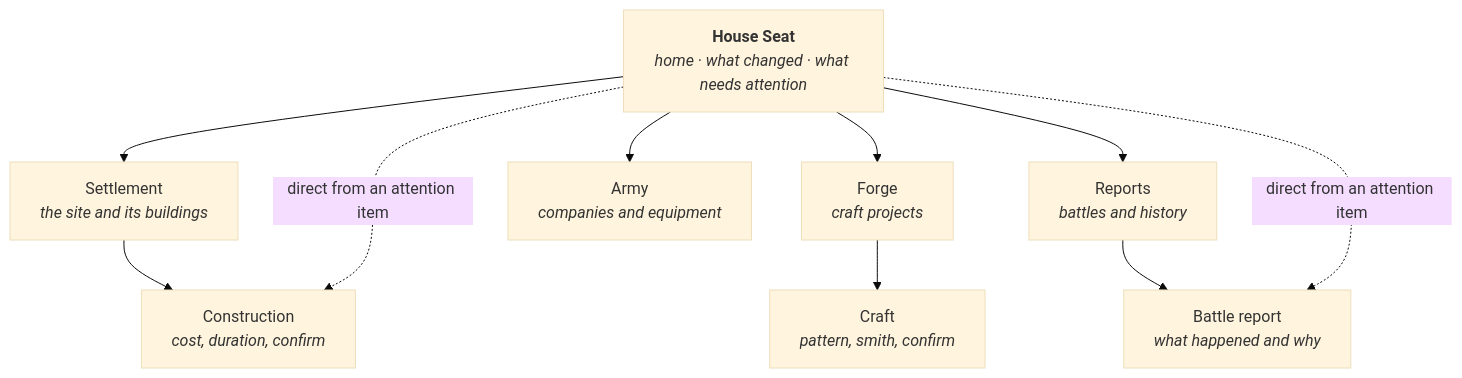
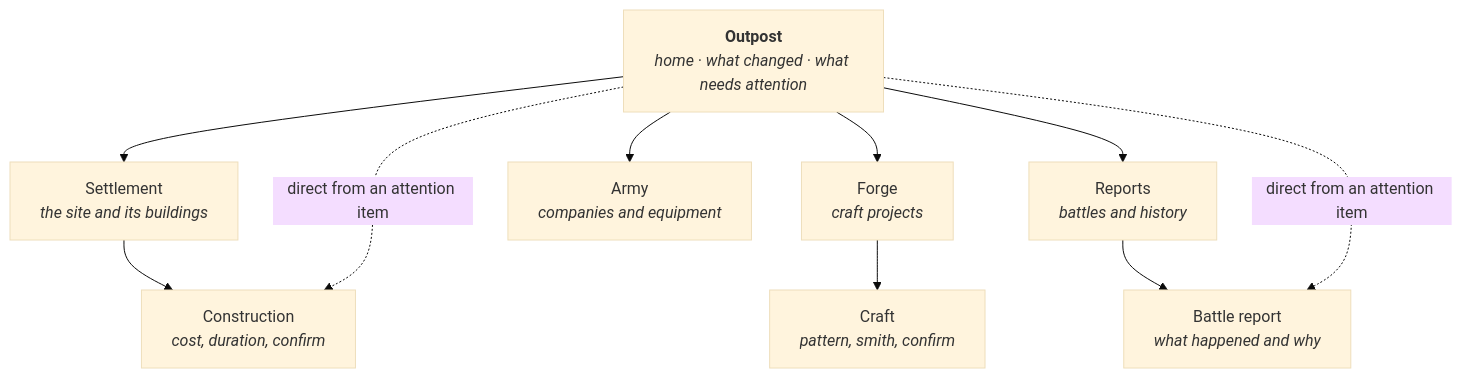
The diagram in docs/design/NAVIGATION.md (luisfpires18/woo-runeforging), drawn with Mermaid (base theme) before and after one commit. The commit also changed other lines of this file and 56 other files, not shown here.

````diff
--- a/docs/design/NAVIGATION.md
+++ b/docs/design/NAVIGATION.md
@@ -13,24 +12,24 @@
 ```mermaid
 flowchart TD
-    HS["<b>House Seat</b><br/><i>home · what changed · what needs attention</i>"]
+    HS["<b>Outpost</b><br/><i>home · what changed · what needs attention</i>"]
 
     ST["Settlement<br/><i>the site and its buildings</i>"]
     FO["Forge<br/><i>craft projects</i>"]
     AR["Army<br/><i>companies and equipment</i>"]
     RE["Reports<br/><i>battles and history</i>"]
 
     CO["Construction<br/><i>cost, duration, confirm</i>"]
     CR["Craft<br/><i>pattern, smith, confirm</i>"]
     BR["Battle report<br/><i>what happened and why</i>"]
 
     HS --> ST
     HS --> FO
     HS --> AR
     HS --> RE
     ST --> CO
     FO --> CR
     RE --> BR
 
     HS -.->|"direct from an attention item"| CO
     HS -.->|"direct from an attention item"| BR
 ```
````
